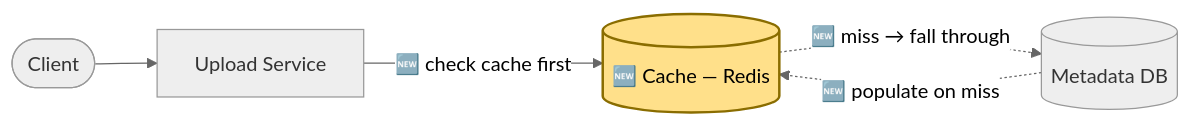
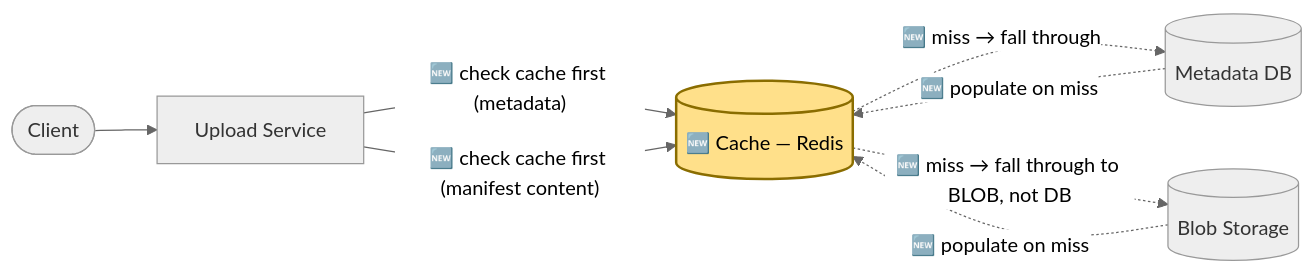
One commit to riyaz-pasha/Learnings changed diagram 16 of 20 in system-design/HLD/0-course/26-Design YouTube-FAANG-Guide-Interview-Version.md. Above: the diagram before and after it, drawn with Mermaid (neutral theme). The commit also changed other lines of this file and 1 other file, not shown here.

````diff
--- a/system-design/HLD/0-course/26-Design YouTube-FAANG-Guide-Interview-Version.md
+++ b/system-design/HLD/0-course/26-Design YouTube-FAANG-Guide-Interview-Version.md
@@ -635,9 +683,12 @@
 ```mermaid
 flowchart LR
     classDef new fill:#ffe08a,stroke:#8a6d00,stroke-width:2px,color:#000
     classDef existing fill:#eee,stroke:#999,color:#333
     U([Client]):::existing --> UP[Upload Service]:::existing
-    UP -->|"🆕 check cache first"| C[("🆕 Cache — Redis")]:::new
+    UP -->|"🆕 check cache first (metadata)"| C[("🆕 Cache — Redis")]:::new
     C -.->|"🆕 miss → fall through"| DB[("Metadata DB")]:::existing
     DB -.->|"🆕 populate on miss"| C
+    UP -->|"🆕 check cache first (manifest content)"| C
+    C -.->|"🆕 miss → fall through to BLOB, not DB"| BS[("Blob Storage")]:::existing
+    BS -.->|"🆕 populate on miss"| C
 ```
````
